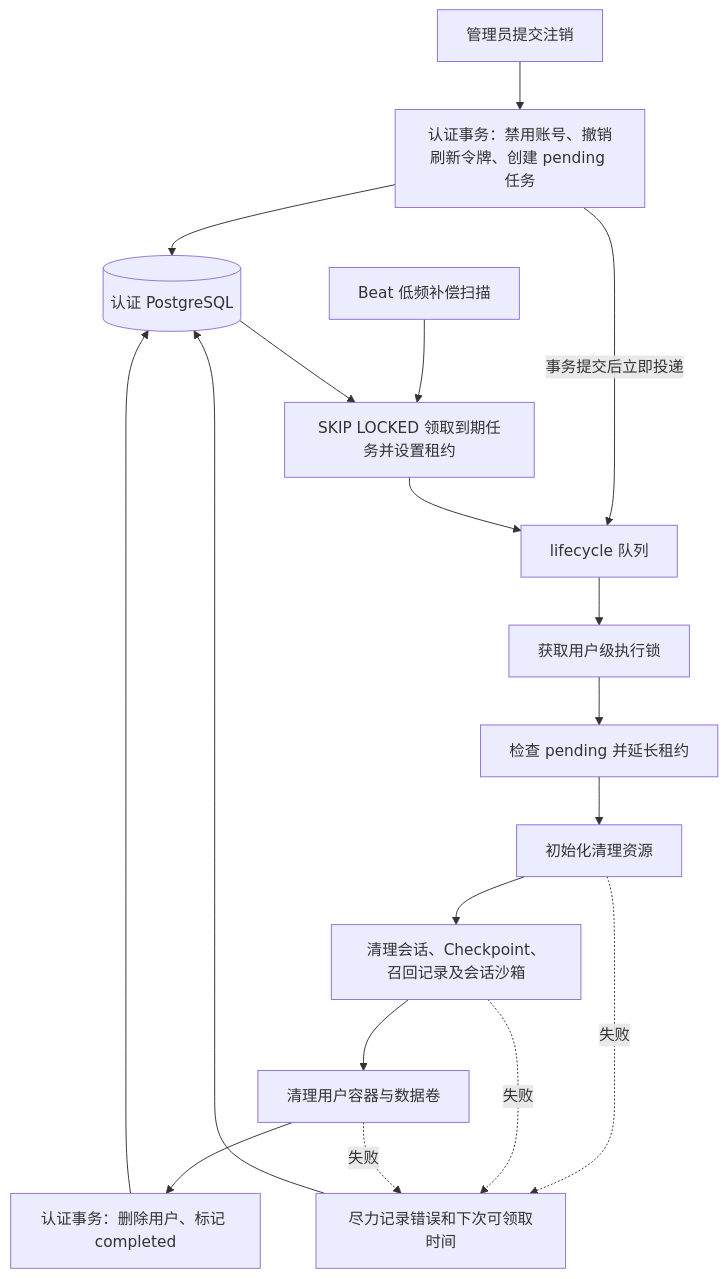
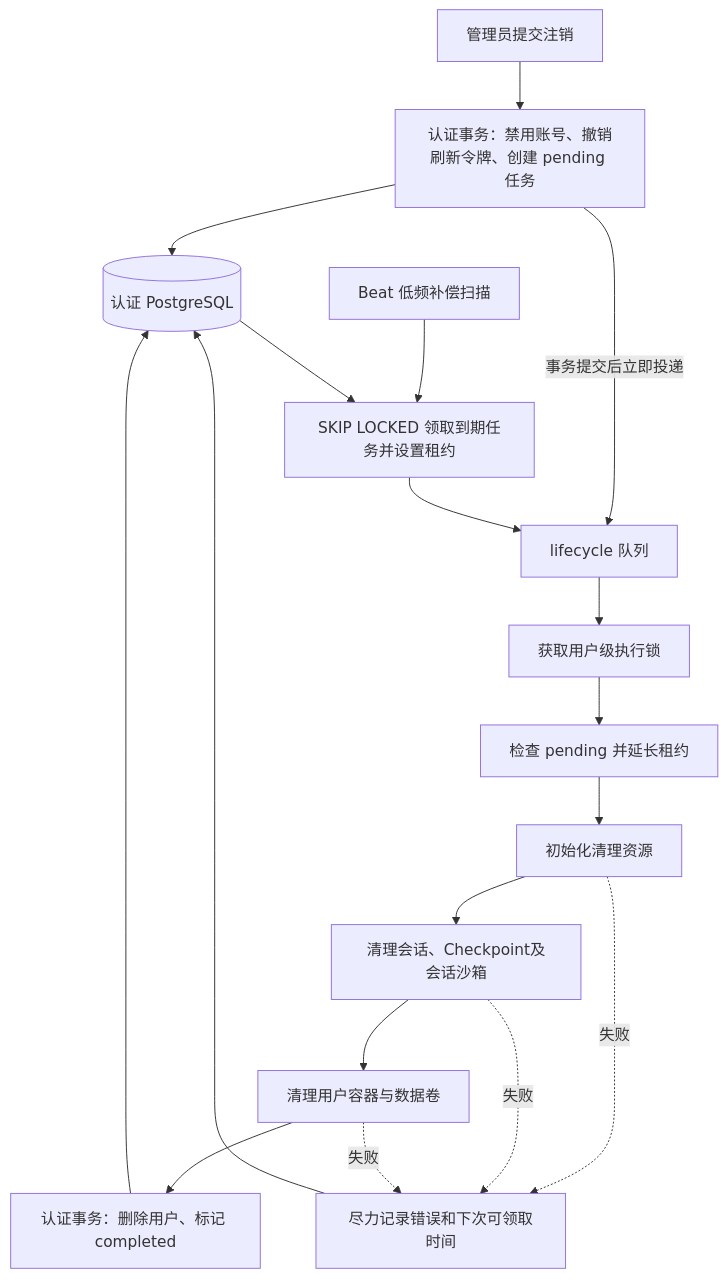
Before and after one commit to 2739673455/dataagent: the diagram in docs/07_跨模块工作流.md, drawn with Mermaid. The commit also changed other lines of this file and 71 other files, not shown here.

````diff
--- a/docs/07_跨模块工作流.md
+++ b/docs/07_跨模块工作流.md
@@ -22,20 +22,20 @@
 ```mermaid
 flowchart TD
     API[管理员提交注销] --> Request[认证事务：禁用账号、撤销刷新令牌、创建 pending 任务]
     Request --> DB[(认证 PostgreSQL)]
     Request -->|事务提交后立即投递| Queue
     Beat[Beat 低频补偿扫描] --> Claim[SKIP LOCKED 领取到期任务并设置租约]
     DB --> Claim
     Claim --> Queue[lifecycle 队列]
     Queue --> Lock[获取用户级执行锁]
     Lock --> Check[检查 pending 并延长租约]
     Check --> Init[初始化清理资源]
-    Init --> Conversations[清理会话、Checkpoint、召回记录及会话沙箱]
+    Init --> Conversations[清理会话、Checkpoint及会话沙箱]
     Conversations --> Sandbox[清理用户容器与数据卷]
     Sandbox --> Complete[认证事务：删除用户、标记 completed]
     Complete --> DB
     Init -. 失败 .-> Retry[尽力记录错误和下次可领取时间]
     Conversations -. 失败 .-> Retry
     Sandbox -. 失败 .-> Retry
     Retry --> DB
 ```
````
